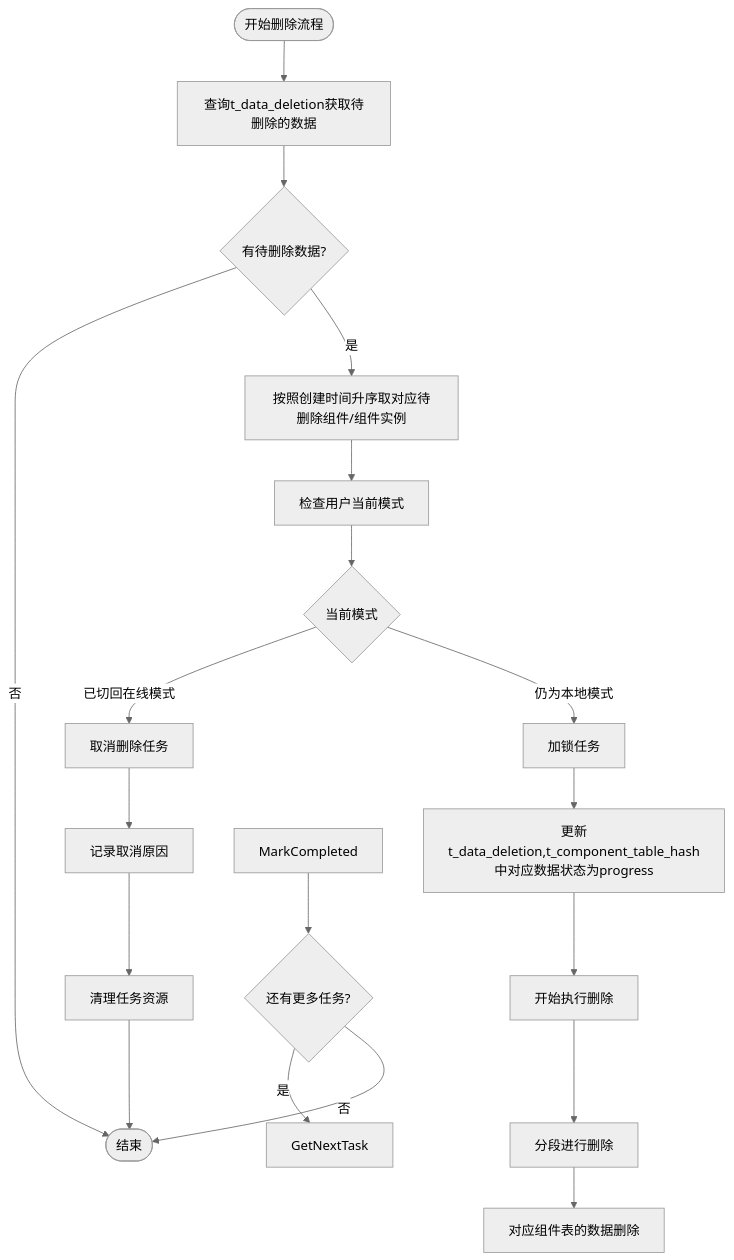
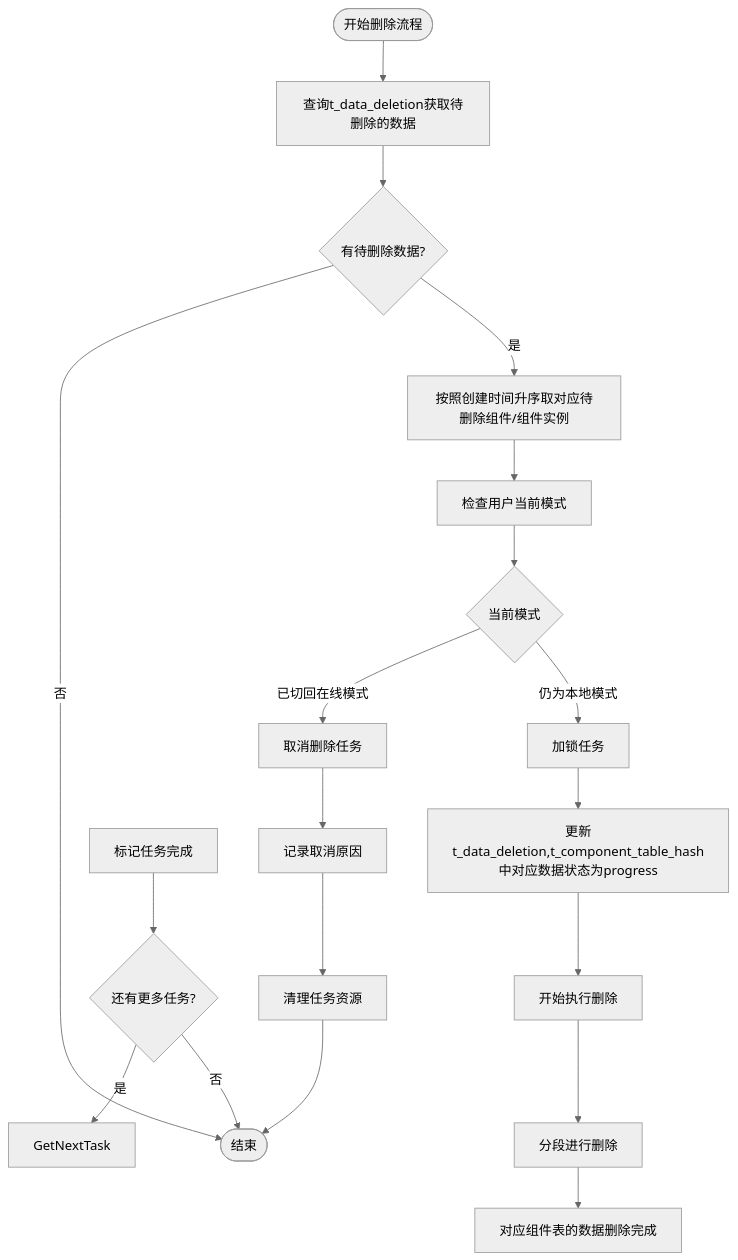
The diagram in all/未命名-51.md (yingjianzh/iodraw-files), drawn with Mermaid (neutral theme) before and after one commit.

Commit message:
2025-05-08 15:31:59 update

````diff
--- a/all/未命名-51.md
+++ b/all/未命名-51.md
@@ -1,30 +1,31 @@
 ```mermaid
 flowchart TD
     Start([开始删除流程]) --> FetchTasks[查询t_data_deletion获取待删除的数据]
     FetchTasks --> HasTasks{有待删除数据?}
     
     HasTasks -->|否| End([结束])
     HasTasks -->|是| PrioritizeTasks[按照创建时间升序取对应待删除组件/组件实例]
     
     PrioritizeTasks --> CheckUserMode[检查用户当前模式]
     
     CheckUserMode --> CurrentMode{当前模式}
     CurrentMode -->|已切回在线模式| TaskCancel[取消删除任务]
     CurrentMode -->|仍为本地模式| LockTask[加锁任务]
     
     LockTask --> UpdateStatus[更新t_data_deletion,t_component_table_hash中对应数据状态为progress]
     UpdateStatus --> BeginDeletion[开始执行删除]
     
     BeginDeletion --> A[分段进行删除]
     
-    A --> B[对应组件表的数据删除]
+    A --> B[对应组件表的数据删除完成]
+    MarkCompleted[标记任务完成]
     
     TaskCancel --> LogCancellation[记录取消原因]
     LogCancellation --> CleanupTask[清理任务资源]
     
     MarkCompleted --> CheckMoreTasks{还有更多任务?}
     CheckMoreTasks -->|是| GetNextTask
     CheckMoreTasks -->|否| End
     
     CleanupTask --> End
 ```
````
